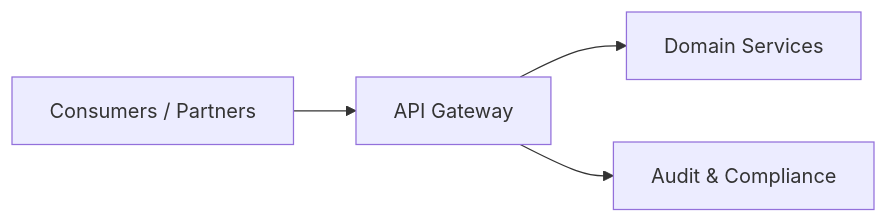
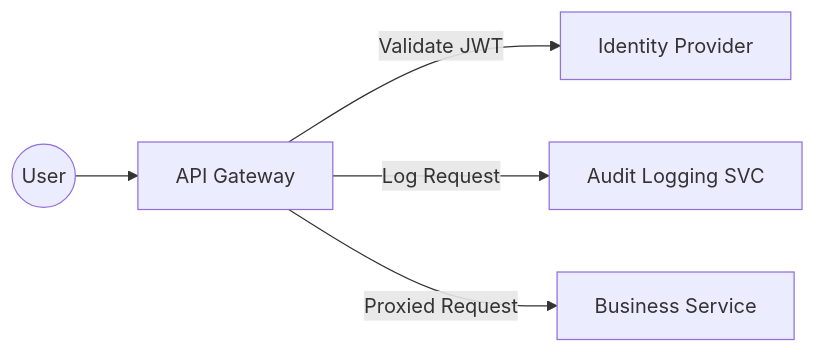
One commit to shameed/shameed.github.io changed the first of 2 diagrams in _posts/2025-04-01-api-first-regulated.md. Above: the diagram before and after it, drawn with Mermaid. The commit also changed other lines of this file and 8 other files, not shown here.

````diff
--- a/_posts/2025-04-01-api-first-regulated.md
+++ b/_posts/2025-04-01-api-first-regulated.md
@@ -18,20 +47,13 @@
 ```mermaid
 graph LR
+    User((User))
+    Gateway[API Gateway]
+    Auth[Identity Provider]
+    Audit[Audit Logging SVC]
+    Target[Business Service]
 
-Consumer[Consumers / Partners]
-
-Gateway[API Gateway]
-
-Services[Domain Services]
-
-Audit[Audit & Compliance]
-
-  
-
-Consumer --> Gateway
-
-Gateway --> Services
-
-Gateway --> Audit
-  
+    User --> Gateway
+    Gateway -- "Validate JWT" --> Auth
+    Gateway -- "Log Request" --> Audit
+    Gateway -- "Proxied Request" --> Target
 ```
````
